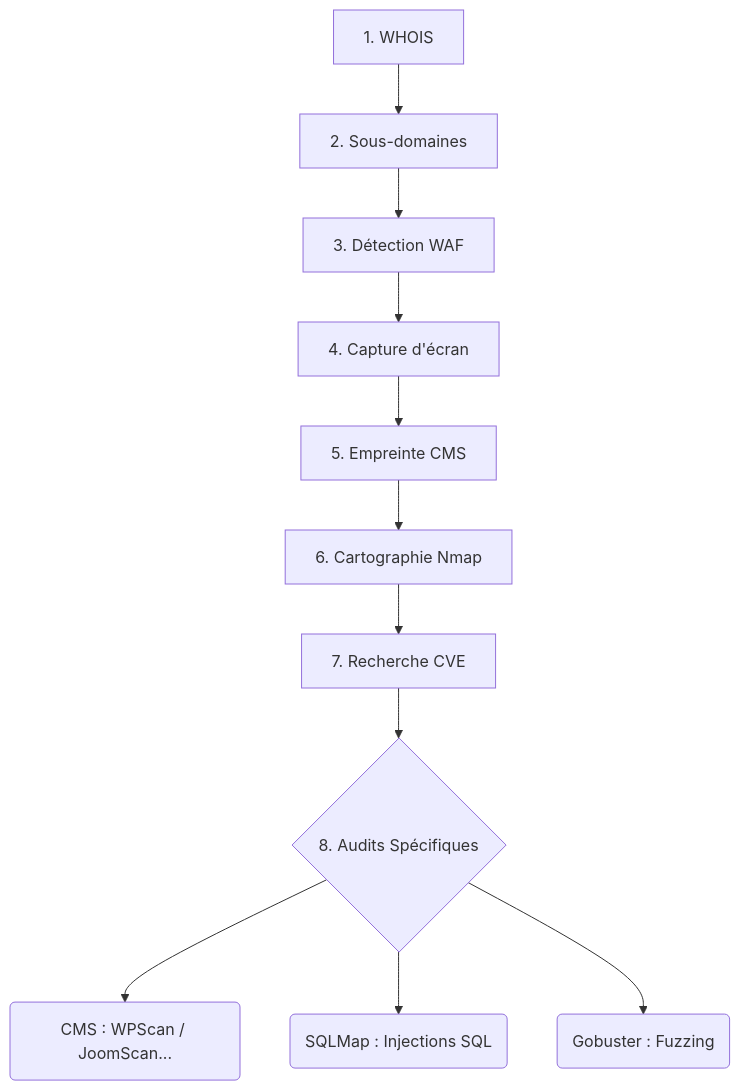
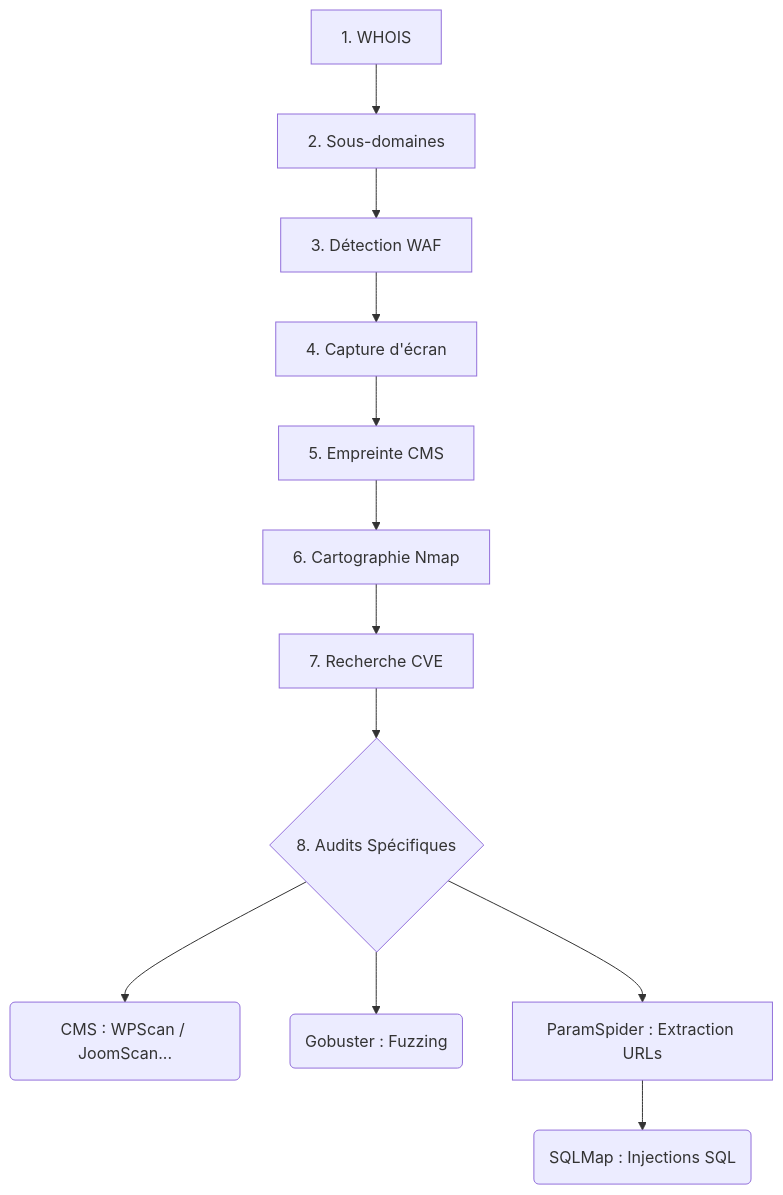
Before and after one commit to Ronan-Bozoc-cyber/matrix-scanner: the first of 2 diagrams in README.md, drawn with Mermaid. The commit also changed other lines of this file and 3 other files, not shown here.

Commit message:
Mise à jour de la documentation et de l'UI pour refléter l'intégration de ParamSpider avant SQLMap

````diff
--- a/README.md
+++ b/README.md
@@ -110,14 +115,15 @@
 ```mermaid
 graph TD
     A[1. WHOIS] --> B[2. Sous-domaines]
     B --> C[3. Détection WAF]
     C --> D[4. Capture d'écran]
     D --> E[5. Empreinte CMS]
     E --> F[6. Cartographie Nmap]
     F --> G[7. Recherche CVE]
     G --> H{8. Audits Spécifiques}
     H --> I(CMS : WPScan / JoomScan...)
-    H --> J(SQLMap : Injections SQL)
     H --> K(Gobuster : Fuzzing)
+    H --> L[ParamSpider : Extraction URLs]
+    L --> J(SQLMap : Injections SQL)
    
 ```
````
